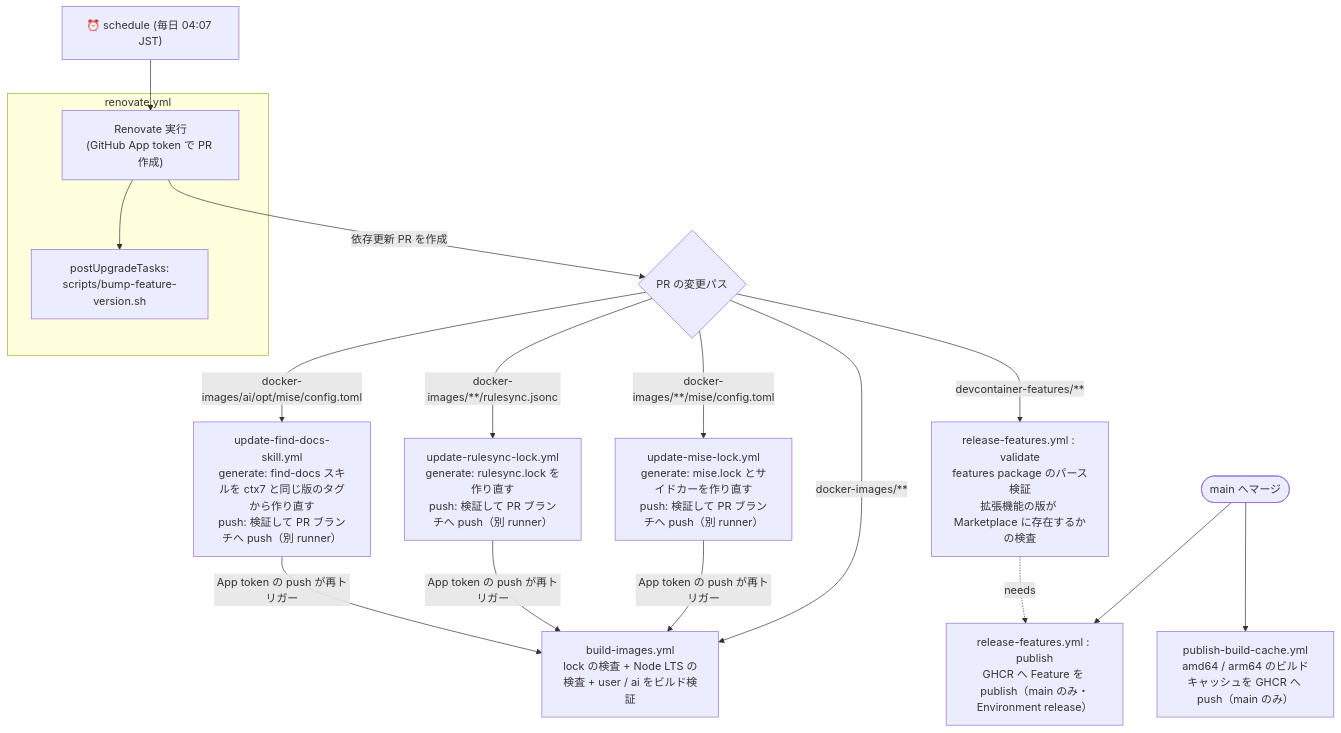
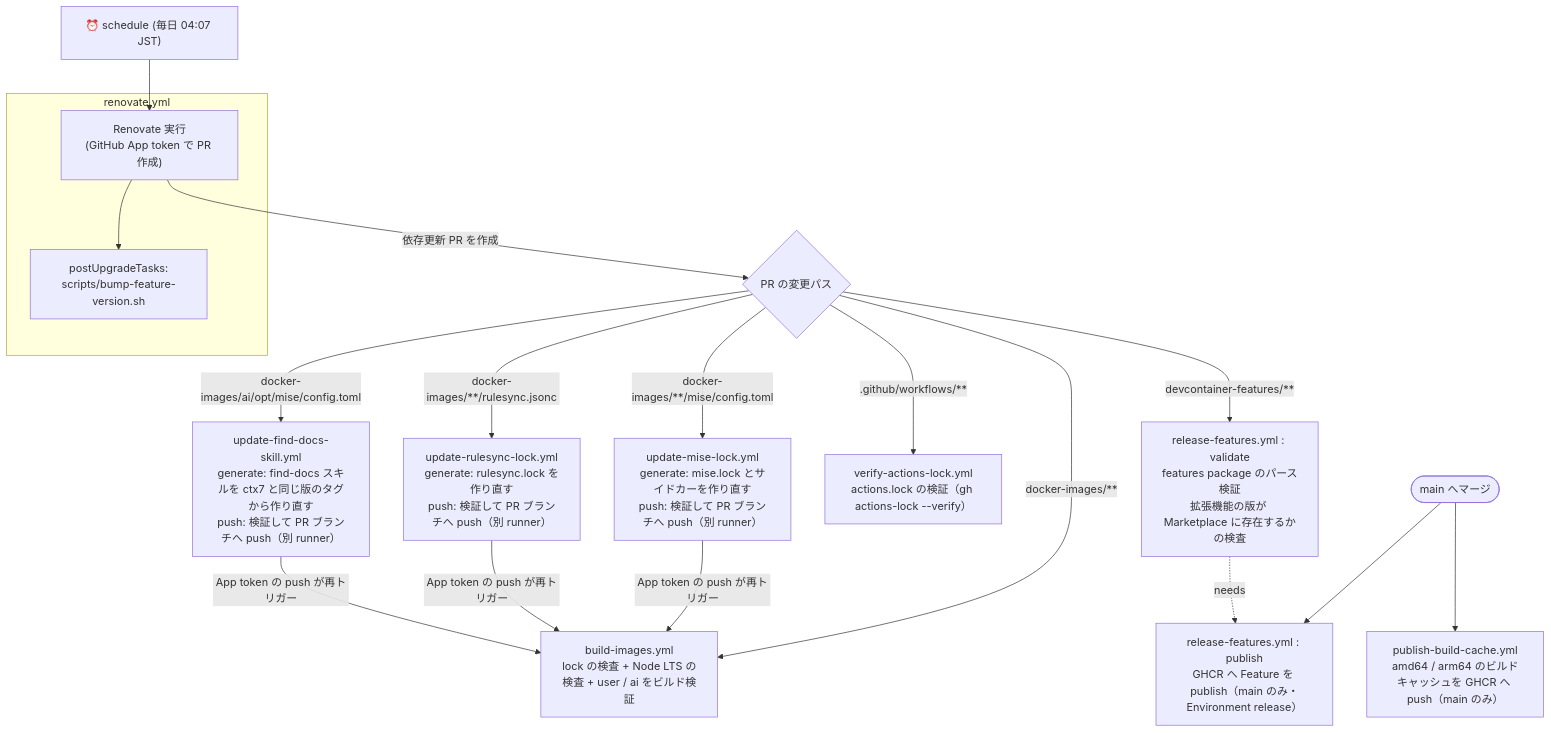
The diagram in docs/MAINTAINING.md (Diiva-Szk/devcontainer-env-core), drawn with Mermaid before and after one commit. The commit also changed other lines of this file and 10 other files, not shown here.

First line of the commit message:
feat(ci): GitHub Actions の依存を actions.lock で固定する

````diff
--- a/docs/MAINTAINING.md
+++ b/docs/MAINTAINING.md
@@ -307,26 +308,27 @@
 ```mermaid
 flowchart TD
     cron["⏰ schedule (毎日 04:07 JST)"] --> renovate
 
     subgraph renovate_wf["renovate.yml"]
         renovate["Renovate 実行<br/>(GitHub App token で PR 作成)"]
         bump["postUpgradeTasks:<br/>scripts/bump-feature-version.sh"]
         renovate --> bump
     end
 
     renovate -->|依存更新 PR を作成| PR{"PR の変更パス"}
 
     PR -->|"docker-images/**"| build["build-images.yml<br/>lock の検査 + Node LTS の検査 + user / ai をビルド検証"]
     PR -->|"docker-images/**/mise/config.toml"| lock["update-mise-lock.yml<br/>generate: mise.lock とサイドカーを作り直す<br/>push: 検証して PR ブランチへ push（別 runner）"]
     PR -->|"docker-images/**/rulesync.jsonc"| rlock["update-rulesync-lock.yml<br/>generate: rulesync.lock を作り直す<br/>push: 検証して PR ブランチへ push（別 runner）"]
     PR -->|"docker-images/ai/opt/mise/config.toml"| fdocs["update-find-docs-skill.yml<br/>generate: find-docs スキルを ctx7 と同じ版のタグから作り直す<br/>push: 検証して PR ブランチへ push（別 runner）"]
+    PR -->|".github/workflows/**"| vlock["verify-actions-lock.yml<br/>actions.lock の検証（gh actions-lock --verify）"]
     PR -->|"devcontainer-features/**"| validate["release-features.yml : validate<br/>features package のパース検証<br/>拡張機能の版が Marketplace に存在するかの検査"]
 
     lock -->|"App token の push が再トリガー"| build
     rlock -->|"App token の push が再トリガー"| build
     fdocs -->|"App token の push が再トリガー"| build
 
     merge(["main へマージ"]) --> publish["release-features.yml : publish<br/>GHCR へ Feature を publish（main のみ・Environment release）"]
     merge --> cache["publish-build-cache.yml<br/>amd64 / arm64 のビルドキャッシュを GHCR へ push（main のみ）"]
     validate -. "needs" .-> publish
 ```
````
